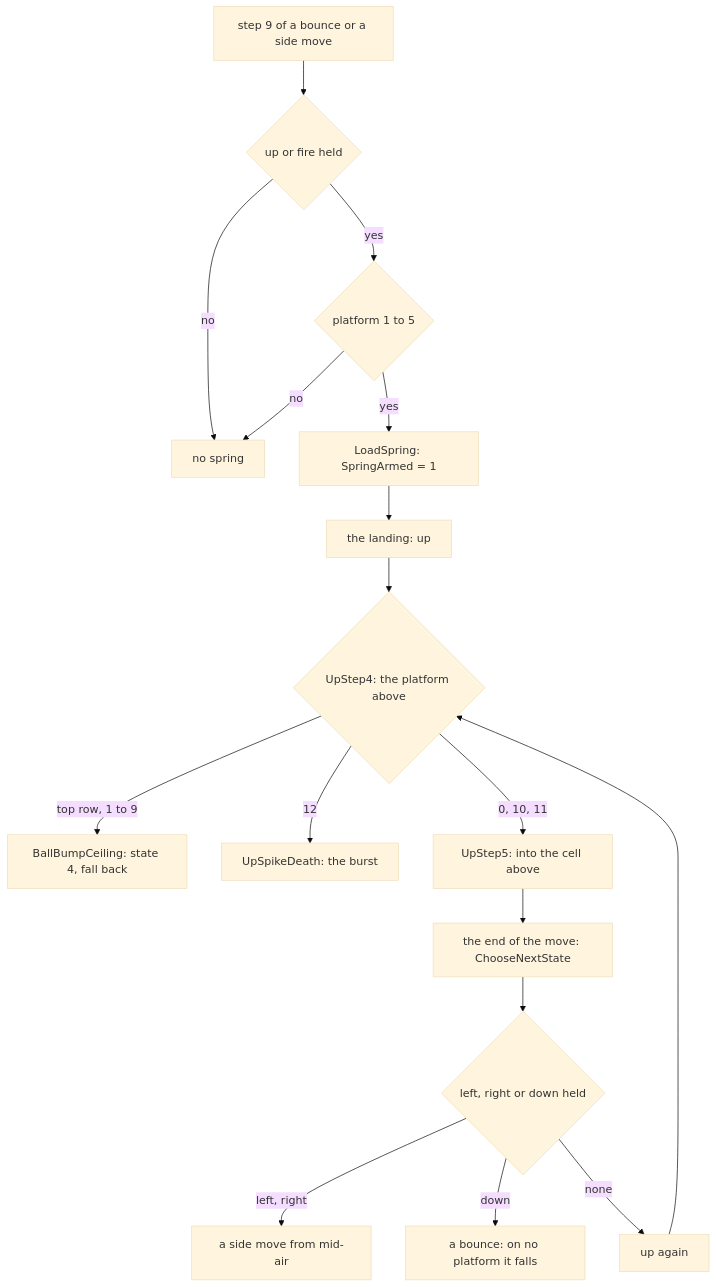
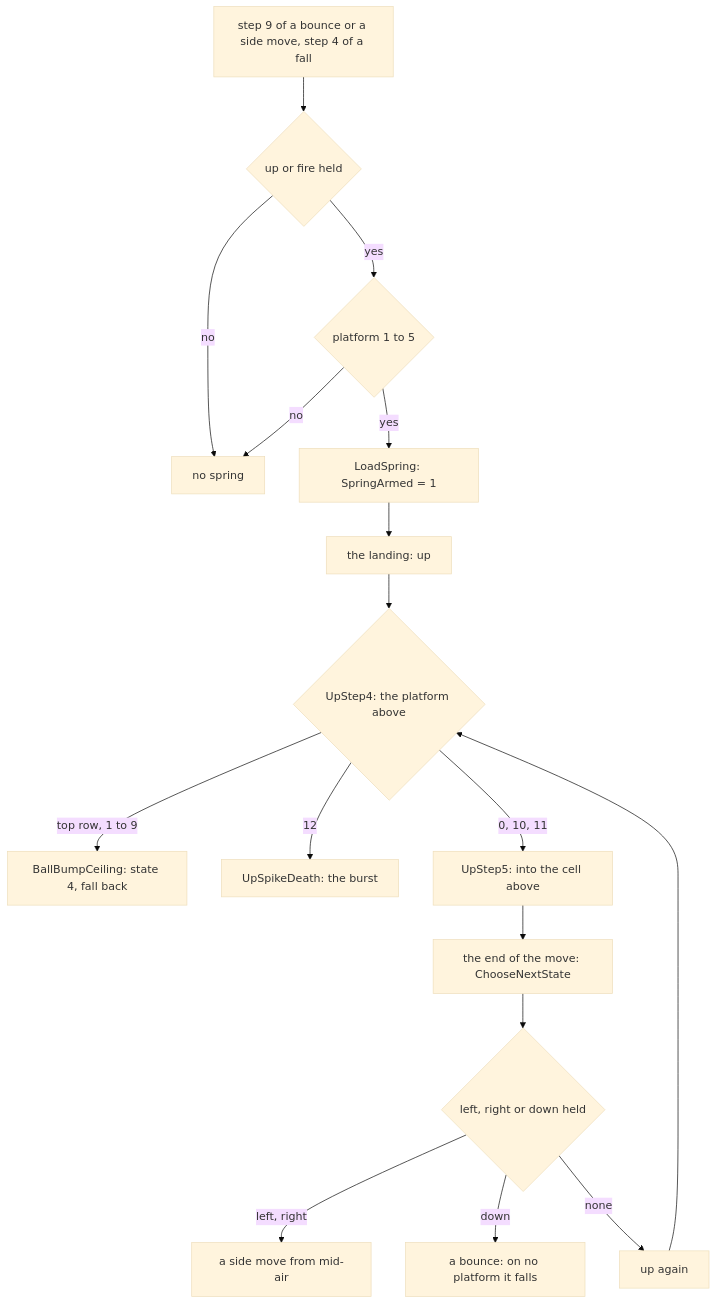
The fourth of 10 diagrams in games/bumpy/docs/10-gameplay-logic.md (alfishe/unrealng-reverse-cases), drawn with Mermaid (base theme) before and after one commit. The commit also changed other lines of this file and 33 other files, not shown here.

````diff
--- a/games/bumpy/docs/10-gameplay-logic.md
+++ b/games/bumpy/docs/10-gameplay-logic.md
@@ -427,19 +430,19 @@
 ```mermaid
 flowchart TD
-    K["step 9 of a bounce or a side move"] --> U{"up or fire held"}
+    K["step 9 of a bounce or a side move, step 4 of a fall"] --> U{"up or fire held"}
     U -- no --> N["no spring"]
     U -- yes --> P{"platform 1 to 5"}
     P -- no --> N
     P -- yes --> A["LoadSpring: SpringArmed = 1"]
     A --> L["the landing: up"]
     L --> S4{"UpStep4: the platform above"}
     S4 -- "top row, 1 to 9" --> B["BallBumpCeiling: state 4, fall back"]
     S4 -- "12" --> D["UpSpikeDeath: the burst"]
     S4 -- "0, 10, 11" --> G["UpStep5: into the cell above"]
     G --> E["the end of the move: ChooseNextState"]
     E --> Q{"left, right or down held"}
     Q -- "left, right" --> SIDE["a side move from mid-air"]
     Q -- "down" --> BO["a bounce: on no platform it falls"]
     Q -- "none" --> UP["up again"]
     UP --> S4
 ```
````
